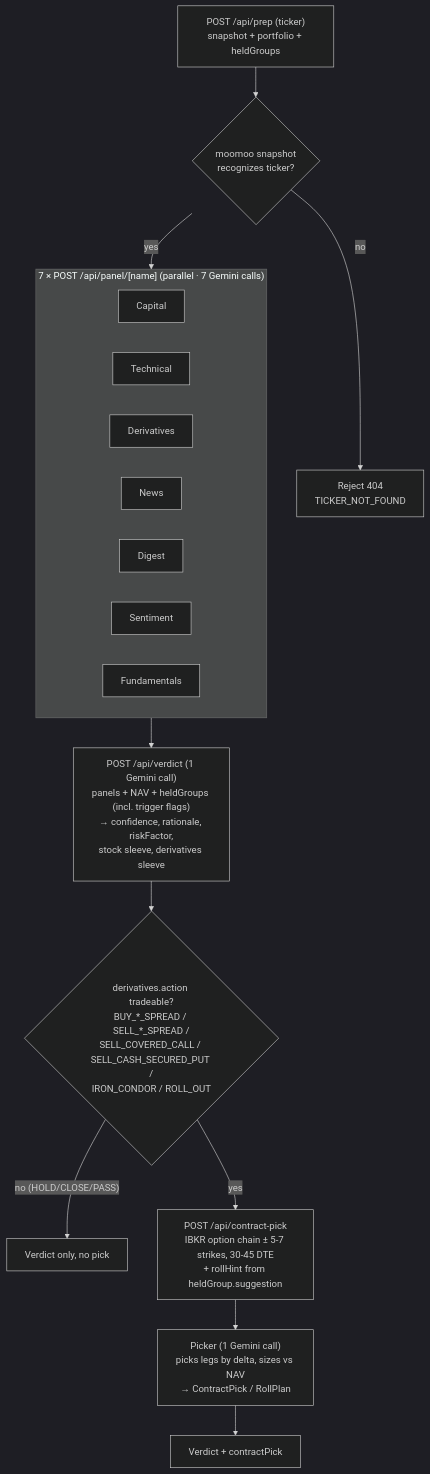
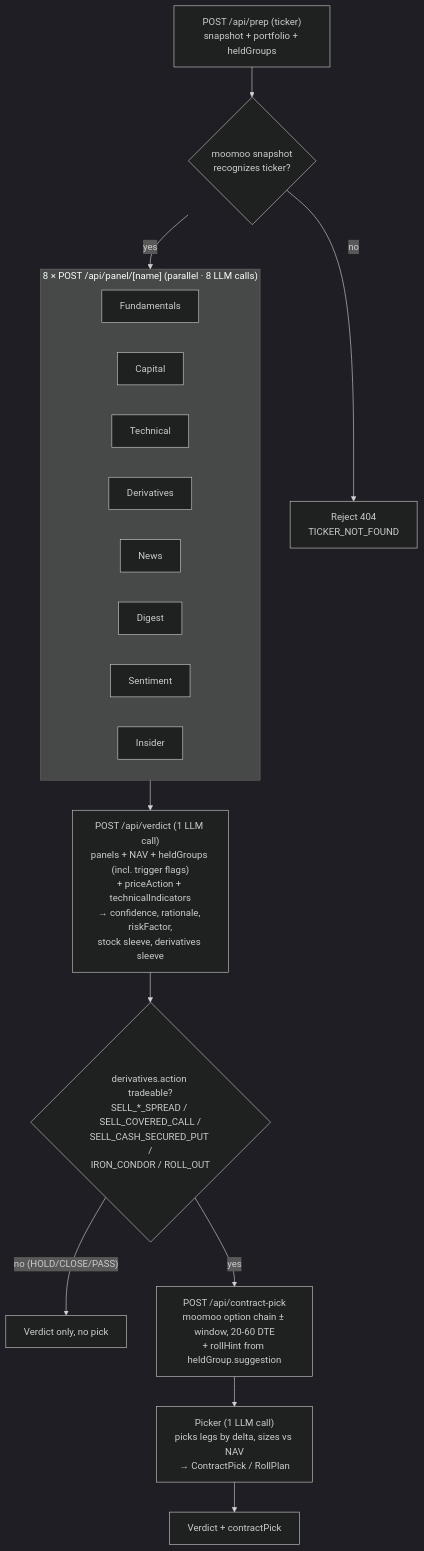
Before and after one commit to kaicong12/stock-analysis: the diagram in README.md, drawn with Mermaid (dark theme). The commit also changed other lines of this file, not shown here.

First line of the commit message:
Update README to match current architecture

````diff
--- a/README.md
+++ b/README.md
@@ -77,25 +111,26 @@
 ```mermaid
 flowchart TD
     A["POST /api/prep (ticker)<br/>snapshot + portfolio + heldGroups"] --> S0{"moomoo snapshot<br/>recognizes ticker?"}
     S0 -- no --> R["Reject 404<br/>TICKER_NOT_FOUND"]
     S0 -- yes --> S2
 
-    subgraph S2["7 × POST /api/panel/[name] (parallel · 7 Gemini calls)"]
+    subgraph S2["8 × POST /api/panel/[name] (parallel · 8 LLM calls)"]
         direction LR
-        P1[Capital]
-        P2[Technical]
-        P3[Derivatives]
-        P4[News]
-        P5[Digest]
-        P6[Sentiment]
-        P7[Fundamentals]
+        P1[Fundamentals]
+        P2[Capital]
+        P3[Technical]
+        P4[Derivatives]
+        P5[News]
+        P6[Digest]
+        P7[Sentiment]
+        P8[Insider]
     end
 
-    S2 --> S3["POST /api/verdict (1 Gemini call)<br/>panels + NAV + heldGroups (incl. trigger flags)<br/>→ confidence, rationale, riskFactor,<br/>stock sleeve, derivatives sleeve"]
+    S2 --> S3["POST /api/verdict (1 LLM call)<br/>panels + NAV + heldGroups (incl. trigger flags)<br/>+ priceAction + technicalIndicators<br/>→ confidence, rationale, riskFactor,<br/>stock sleeve, derivatives sleeve"]
 
-    S3 --> Q{"derivatives.action tradeable?<br/>BUY_*_SPREAD / SELL_*_SPREAD /<br/>SELL_COVERED_CALL / SELL_CASH_SECURED_PUT /<br/>IRON_CONDOR / ROLL_OUT"}
+    S3 --> Q{"derivatives.action tradeable?<br/>SELL_*_SPREAD / SELL_COVERED_CALL /<br/>SELL_CASH_SECURED_PUT /<br/>IRON_CONDOR / ROLL_OUT"}
     Q -- "no (HOLD/CLOSE/PASS)" --> OUT["Verdict only, no pick"]
-    Q -- yes --> S4["POST /api/contract-pick<br/>IBKR option chain ± 5-7 strikes, 30-45 DTE<br/>+ rollHint from heldGroup.suggestion"]
-    S4 --> S5["Picker (1 Gemini call)<br/>picks legs by delta, sizes vs NAV<br/>→ ContractPick / RollPlan"]
+    Q -- yes --> S4["POST /api/contract-pick<br/>moomoo option chain ± window, 20-60 DTE<br/>+ rollHint from heldGroup.suggestion"]
+    S4 --> S5["Picker (1 LLM call)<br/>picks legs by delta, sizes vs NAV<br/>→ ContractPick / RollPlan"]
     S5 --> OUT2["Verdict + contractPick"]
 ```
````
